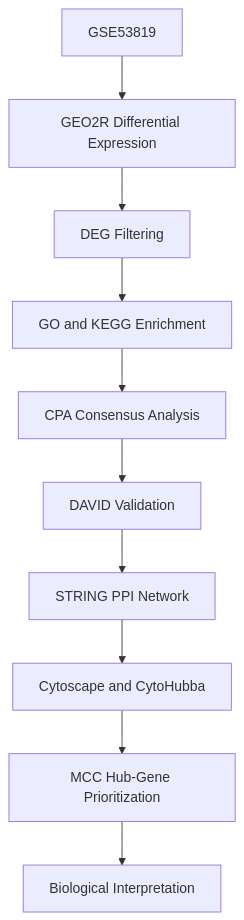
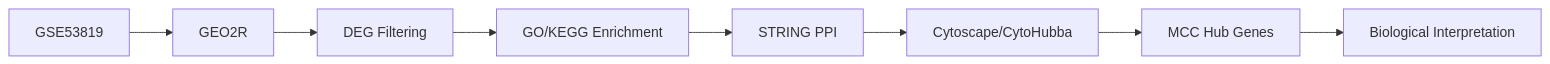
One commit to wajeeha-urooj/NPC-Therapeutic-Target-Identification changed the diagram in README.md. Above: the diagram before and after it, drawn with Mermaid. The commit also changed other lines of this file, not shown here.

````diff
--- a/README.md
+++ b/README.md
@@ -89,12 +89,4 @@
 ```mermaid
-flowchart TD
-    A[GSE53819] --> B[GEO2R Differential Expression]
-    B --> C[DEG Filtering]
-    C --> D[GO and KEGG Enrichment]
-    D --> E[CPA Consensus Analysis]
-    E --> F[DAVID Validation]
-    F --> G[STRING PPI Network]
-    G --> H[Cytoscape and CytoHubba]
-    H --> I[MCC Hub-Gene Prioritization]
-    I --> J[Biological Interpretation]
+flowchart LR
+    A[GSE53819] --> B[GEO2R] --> C[DEG Filtering] --> D[GO/KEGG Enrichment] --> E[STRING PPI] --> F[Cytoscape/CytoHubba] --> G[MCC Hub Genes] --> H[Biological Interpretation]
 ```
````
